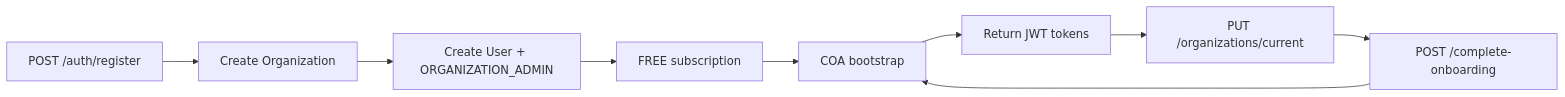
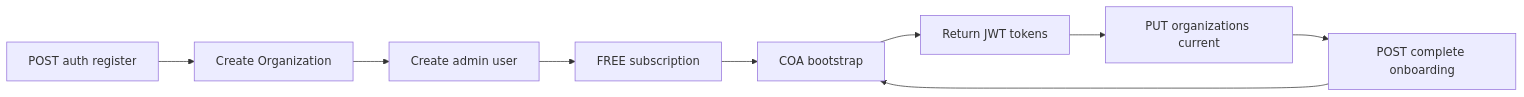
Before and after one commit to defector221/FlowLedgerAPI: the third of 6 diagrams in README.md, drawn with Mermaid. The commit also changed other lines of this file and 15 other files, not shown here.

````diff
--- a/README.md
+++ b/README.md
@@ -120,11 +119,11 @@
 ```mermaid
 flowchart LR
-  A[POST /auth/register] --> B[Create Organization]
-  B --> C[Create User + ORGANIZATION_ADMIN]
-  C --> D[FREE subscription]
-  D --> E[COA bootstrap]
-  E --> F[Return JWT tokens]
-  F --> G[PUT /organizations/current]
-  G --> H[POST /complete-onboarding]
+  A["POST auth register"] --> B["Create Organization"]
+  B --> C["Create admin user"]
+  C --> D["FREE subscription"]
+  D --> E["COA bootstrap"]
+  E --> F["Return JWT tokens"]
+  F --> G["PUT organizations current"]
+  G --> H["POST complete onboarding"]
   H --> E
 ```
````
